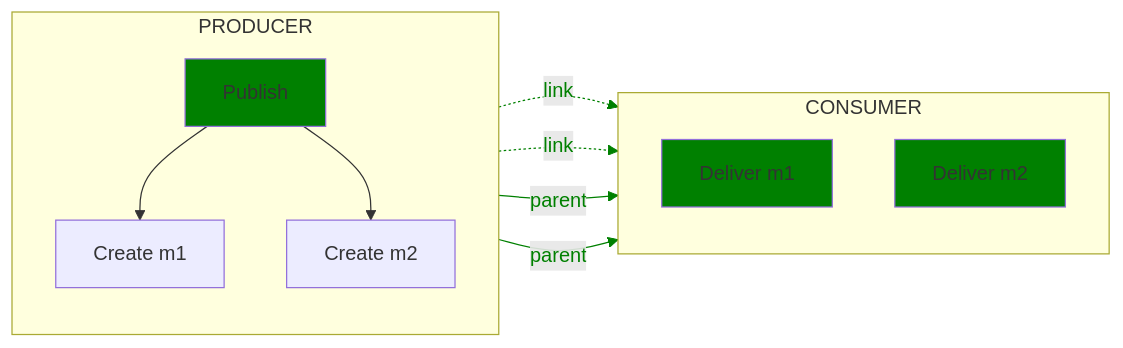
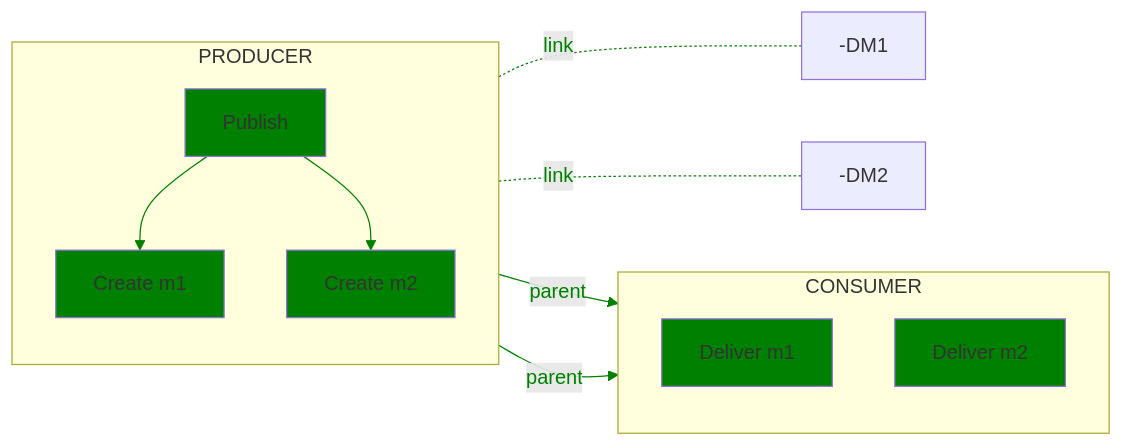
The sixth of 12 diagrams in text/trace/0220-messaging-semantic-conventions-span-structure.md (open-telemetry/oteps), drawn with Mermaid before and after one commit. The commit also changed other lines of this file, not shown here.

````diff
--- a/text/trace/0220-messaging-semantic-conventions-span-structure.md
+++ b/text/trace/0220-messaging-semantic-conventions-span-structure.md
@@ -429,21 +430,21 @@
 ```mermaid
 flowchart LR;
   subgraph PRODUCER
   direction TB
   P[Publish]-->C1[Create m1]
   P-->C2[Create m2]
   end
   subgraph CONSUMER
   direction TB
   DM1[Deliver m1]
   DM2[Deliver m2]
   end
-  C1-. link .->DM1;
-  C2-. link .->DM2;
+  C1-. link .--DM1;
+  C2-. link .--DM2;
   C1-- parent -->DM1;
   C2-- parent -->DM2;
 
   classDef normal fill:green
-  class P,DM1,DM2 normal
-  linkStyle 2,3,4,5 color:green,stroke:green
+  class P,C1,C2,DM1,DM2 normal
+  linkStyle 0,1,2,3,4,5 color:green,stroke:green
 ```
````
